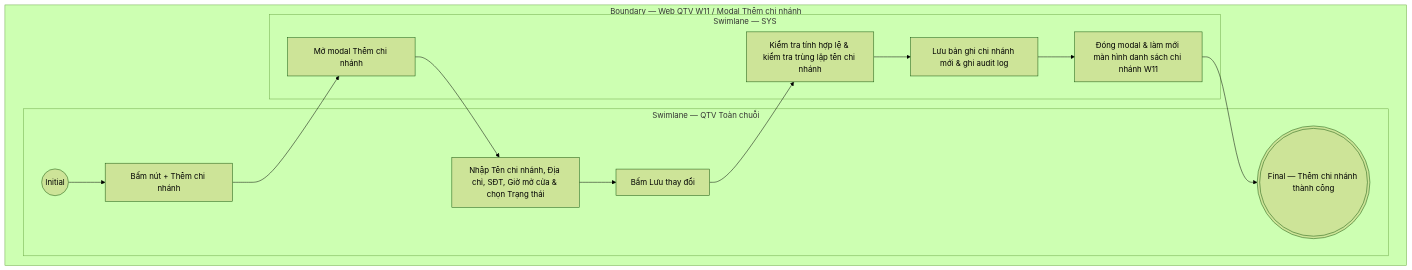
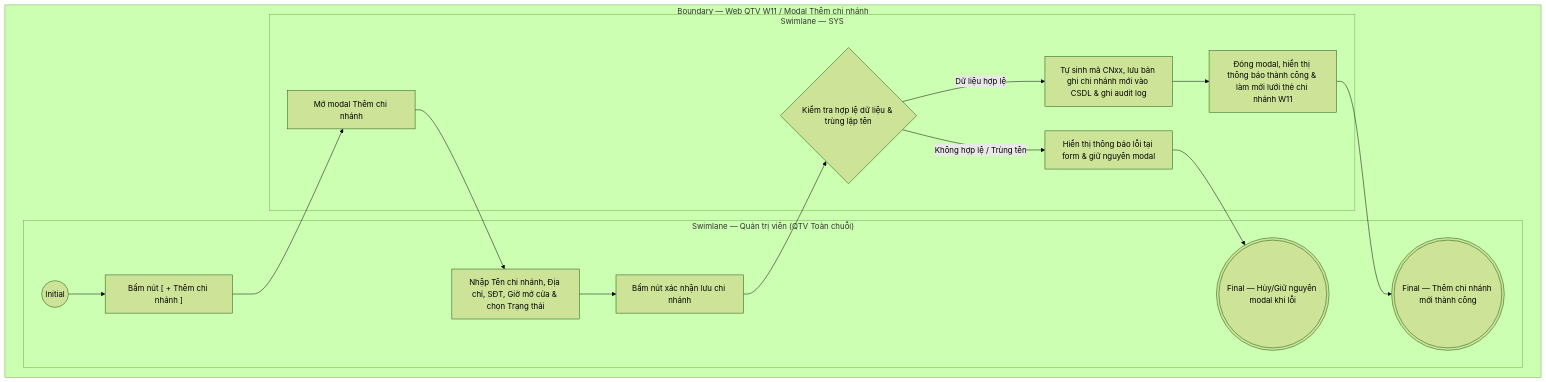
Before and after one commit to ThachY-23120411/Paradise-Gym-v2: the diagram in docs/user-stories/qtv/QTV-W11-Chi nhánh/QTV-W11-US02-Thêm chi nhánh.md, drawn with Mermaid (forest theme). The commit also changed other lines of this file and 97 other files, not shown here.

````diff
--- a/docs/user-stories/qtv/QTV-W11-Chi nhánh/QTV-W11-US02-Thêm chi nhánh.md
+++ b/docs/user-stories/qtv/QTV-W11-Chi nhánh/QTV-W11-US02-Thêm chi nhánh.md
@@ -46,21 +47,29 @@
 ```mermaid
 flowchart TB
   subgraph B["Boundary — Web QTV W11 / Modal Thêm chi nhánh"]
-    subgraph L0["Swimlane — QTV Toàn chuỗi"]
+    subgraph L0["Swimlane — Quản trị viên (QTV Toàn chuỗi)"]
       I01(("Initial"))
-      A01["Bấm nút + Thêm chi nhánh"]
+      A01["Bấm nút [ + Thêm chi nhánh ]"]
       A02["Nhập Tên chi nhánh, Địa chỉ, SĐT, Giờ mở cửa & chọn Trạng thái"]
-      A03["Bấm Lưu thay đổi"]
-      F01((("Final — Thêm chi nhánh thành công")))
+      A03["Bấm nút xác nhận lưu chi nhánh"]
+      F01((("Final — Thêm chi nhánh mới thành công")))
+      F02((("Final — Hủy/Giữ nguyên modal khi lỗi")))
+
       I01 --> A01
+      A02 --> A03
     end
+
     subgraph L1["Swimlane — SYS"]
       S01["Mở modal Thêm chi nhánh"]
-      S02["Kiểm tra tính hợp lệ & kiểm tra trùng lặp tên chi nhánh"]
-      S03["Lưu bản ghi chi nhánh mới & ghi audit log"]
-      S04["Đóng modal & làm mới màn hình danh sách chi nhánh W11"]
+      S02{"Kiểm tra hợp lệ dữ liệu & trùng lặp tên"}
+      S03["Tự sinh mã CNxx, lưu bản ghi chi nhánh mới vào CSDL & ghi audit log"]
+      S04["Đóng modal, hiển thị thông báo thành công & làm mới lưới thẻ chi nhánh W11"]
+      S05["Hiển thị thông báo lỗi tại form & giữ nguyên modal"]
 
-      A01 --> S01 --> A02 --> A03 --> S02 --> S03 --> S04 --> F01
+      A01 --> S01 --> A02
+      A03 --> S02
+      S02 -->|Dữ liệu hợp lệ| S03 --> S04 --> F01
+      S02 -->|Không hợp lệ / Trùng tên| S05 --> F02
     end
   end
 ```
````
